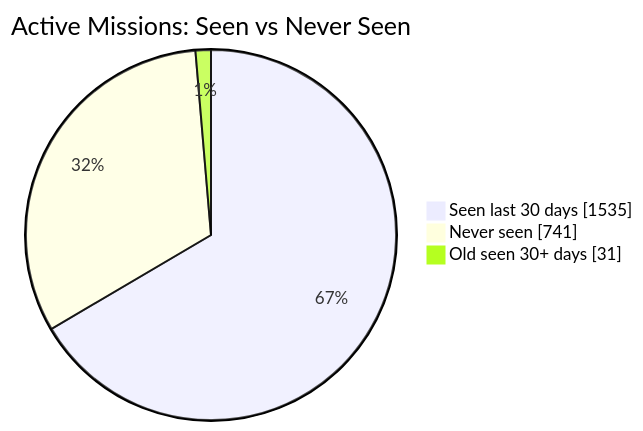
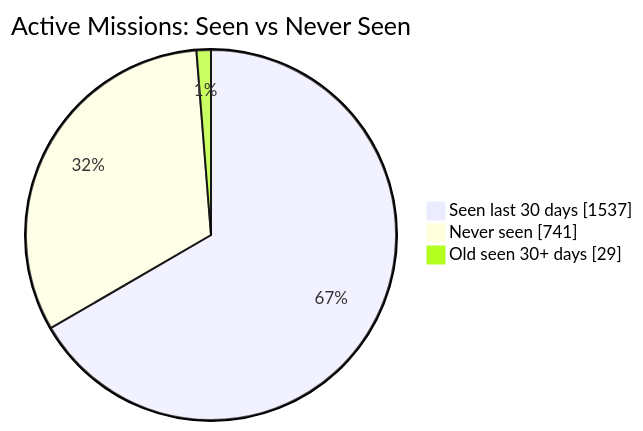
The first of 2 diagrams in README.md (MeldkamerspelGameTeam/active-missions), drawn with Mermaid before and after one commit. The commit also changed other lines of this file and 3 other files, not shown here.

````diff
--- a/README.md
+++ b/README.md
@@ -34,7 +34,7 @@
 ```mermaid
 pie showData
     title Active Missions: Seen vs Never Seen
-    "Seen last 30 days" : 1535
+    "Seen last 30 days" : 1537
     "Never seen" : 741
-    "Old seen 30+ days" : 31
+    "Old seen 30+ days" : 29
 ```
````
